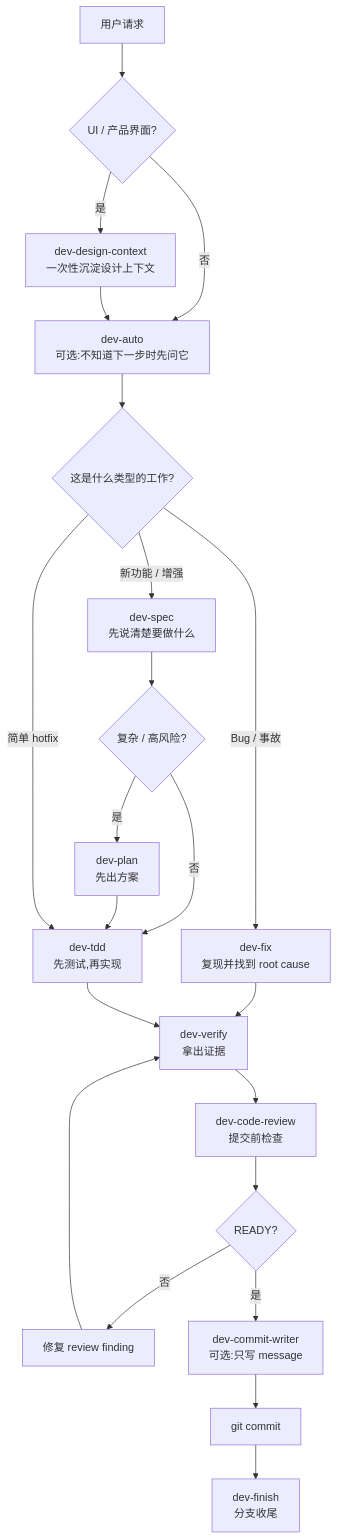
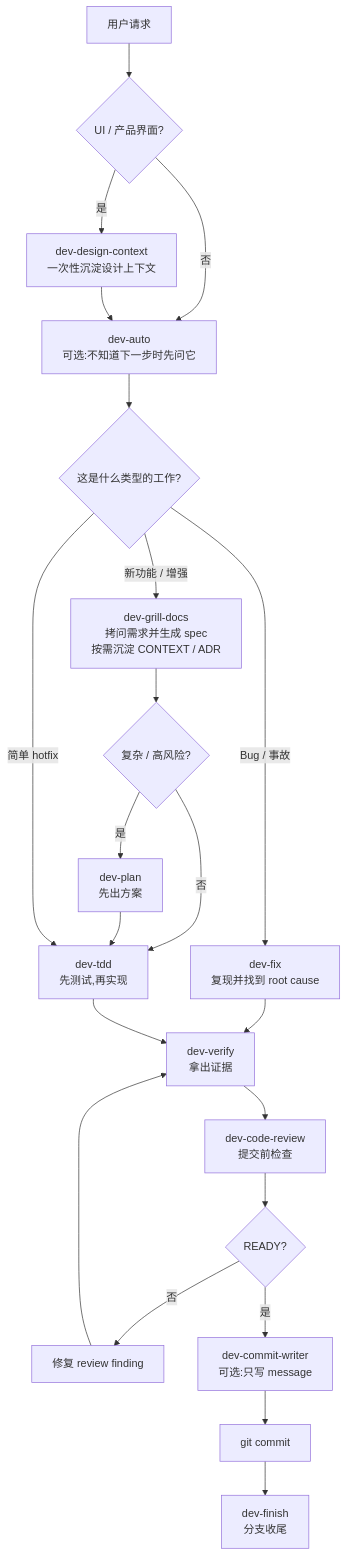
The diagram in README.md (Jason-chen-coder/dev-skills), drawn with Mermaid before and after one commit. The commit also changed other lines of this file and 39 other files, not shown here.

Commit message:
feat: add dev-grill-docs skill

````diff
--- a/README.md
+++ b/README.md
@@ -279,28 +282,28 @@
 ```mermaid
 flowchart TD
   Start["用户请求"] --> Design{"UI / 产品界面?"}
   Design -->|是| Teach["dev-design-context<br/>一次性沉淀设计上下文"]
   Design -->|否| Auto["dev-auto<br/>可选:不知道下一步时先问它"]
   Teach --> Auto
   Auto --> Kind{"这是什么类型的工作?"}
 
-  Kind -->|新功能 / 增强| Spec["dev-spec<br/>先说清楚要做什么"]
-  Spec --> NeedPlan{"复杂 / 高风险?"}
+  Kind -->|新功能 / 增强| GrillDocs["dev-grill-docs<br/>拷问需求并生成 spec<br/>按需沉淀 CONTEXT / ADR"]
+  GrillDocs --> NeedPlan{"复杂 / 高风险?"}
   NeedPlan -->|是| Plan["dev-plan<br/>先出方案"]
   NeedPlan -->|否| TDD["dev-tdd<br/>先测试,再实现"]
   Plan --> TDD
 
   Kind -->|Bug / 事故| Fix["dev-fix<br/>复现并找到 root cause"]
   Fix --> Verify["dev-verify<br/>拿出证据"]
 
   Kind -->|简单 hotfix| TDD
   TDD --> Verify
 
   Verify --> Review["dev-code-review<br/>提交前检查"]
   Review --> Ready{"READY?"}
   Ready -->|否| Rework["修复 review finding"]
   Rework --> Verify
   Ready -->|是| CommitMsg["dev-commit-writer<br/>可选:只写 message"]
   CommitMsg --> GitCommit["git commit"]
   GitCommit --> Finish["dev-finish<br/>分支收尾"]
 ```
````
